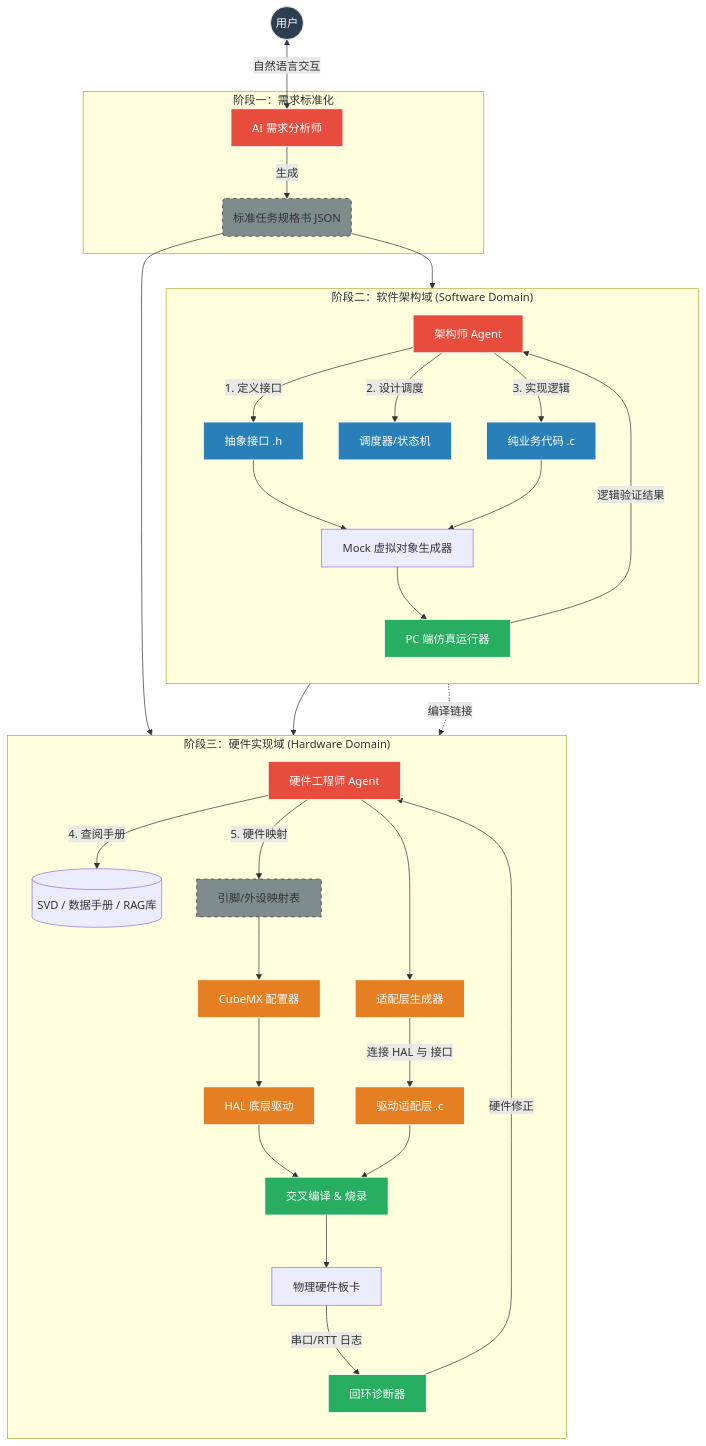
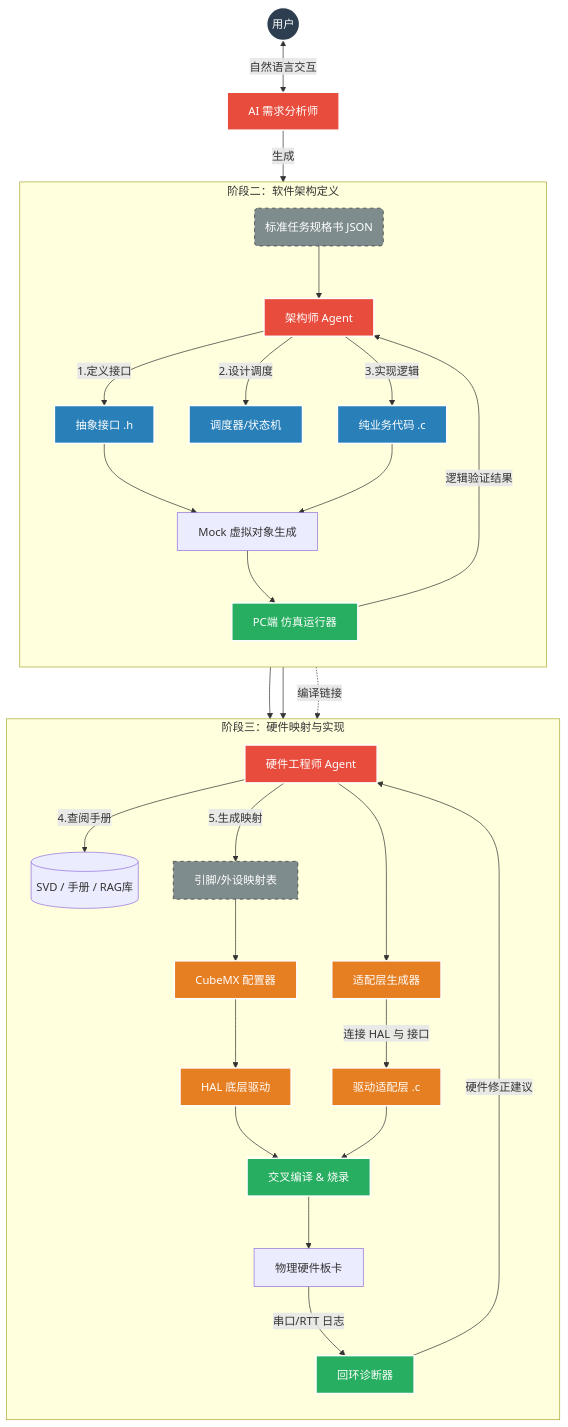
One commit to ReifyFlow/ReifyFlow changed the first of 2 diagrams in README.md. Above: the diagram before and after it, drawn with Mermaid. The commit also changed other lines of this file, not shown here.

````diff
--- a/README.md
+++ b/README.md
@@ -29,53 +33,56 @@
 ```mermaid
 graph TD
-    %% 样式定义
-    classDef user fill:#2c3e50,stroke:#fff,color:#fff;
-    classDef brain fill:#e74c3c,stroke:#fff,color:#fff;
-    classDef soft fill:#2980b9,stroke:#fff,color:#fff;
-    classDef hard fill:#e67e22,stroke:#fff,color:#fff;
-    classDef test fill:#27ae60,stroke:#fff,color:#fff;
-    classDef data fill:#7f8c8d,stroke:#333,stroke-dasharray: 5 5;
+    %% ================= 样式定义 =================
+    classDef user fill:#2c3e50,stroke:#fff,stroke-width:2px,color:#fff;
+    classDef brain fill:#e74c3c,stroke:#fff,stroke-width:2px,color:#fff;
+    classDef soft fill:#2980b9,stroke:#fff,stroke-width:2px,color:#fff;
+    classDef hard fill:#e67e22,stroke:#fff,stroke-width:2px,color:#fff;
+    classDef test fill:#27ae60,stroke:#fff,stroke-width:2px,color:#fff;
+    classDef data fill:#7f8c8d,stroke:#333,stroke-width:1px,stroke-dasharray: 5 5,color:#fff;
 
+    %% ================= 1. 需求标准化阶段 =================
     User((用户)):::user <-->|自然语言交互| Analyst[AI 需求分析师]:::brain
+    Analyst -->|生成| Task_Spec(标准任务规格书 JSON):::data
 
-    subgraph "阶段一：需求标准化"
-        Analyst -->|生成| Task_Spec(标准任务规格书 JSON):::data
-    end
-
-    subgraph "阶段二：软件架构域 (Software Domain)"
+    %% ================= 2. 软件架构域 (Software Domain) =================
+    %% 这一层只关注逻辑，不关注具体芯片
+    subgraph Phase_Software [阶段二：软件架构定义]
         direction TB
         Task_Spec --> Arch_Agent[架构师 Agent]:::brain
         
-        Arch_Agent -->|1. 定义接口| Interfaces[抽象接口 .h]:::soft
-        Arch_Agent -->|2. 设计调度| Scheduler[调度器/状态机]:::soft
-        Arch_Agent -->|3. 实现逻辑| Biz_Logic[纯业务代码 .c]:::soft
+        Arch_Agent -->|1.定义接口| Interfaces[抽象接口 .h]:::soft
+        Arch_Agent -->|2.设计调度| Scheduler[调度器/状态机]:::soft
+        Arch_Agent -->|3.实现逻辑| Biz_Logic[纯业务代码 .c]:::soft
         
-        %% 软件回环
-        Interfaces & Biz_Logic --> Mock_Gen[Mock 虚拟对象生成器]
-        Mock_Gen --> SIL_Runner[PC 端仿真运行器]:::test
+        %% SIL 软件回环
+        Interfaces & Biz_Logic --> Mock_Gen[Mock 虚拟对象生成]
+        Mock_Gen --> SIL_Runner[PC端 仿真运行器]:::test
         SIL_Runner -->|逻辑验证结果| Arch_Agent
     end
 
-    subgraph "阶段三：硬件实现域 (Hardware Domain)"
+    %% ================= 3. 硬件实现域 (Hardware Domain) =================
+    %% 这一层负责将逻辑落地到具体芯片
+    subgraph Phase_Hardware [阶段三：硬件映射与实现]
         direction TB
-        Task_Spec & Interfaces --> HW_Agent[硬件工程师 Agent]:::brain
+        HW_Agent[硬件工程师 Agent]:::brain
+        Task_Spec & Interfaces --> HW_Agent
         
-        HW_Agent -->|4. 查阅手册| Knowledge_Base[(SVD / 数据手册 / RAG库)]
-        HW_Agent -->|5. 硬件映射| Pin_Map[引脚/外设映射表]:::data
+        HW_Agent -->|4.查阅手册| KB[(SVD / 手册 / RAG库)]
+        HW_Agent -->|5.生成映射| Pin_Map[引脚/外设映射表]:::data
         
-        Pin_Map --> CubeMX_Driver[CubeMX 配置器]:::hard
-        CubeMX_Driver --> HAL_Code[HAL 底层驱动]:::hard
+        Pin_Map --> CubeMX[CubeMX 配置器]:::hard
+        CubeMX --> HAL[HAL 底层驱动]:::hard
         
         HW_Agent --> Adapter_Gen[适配层生成器]:::hard
-        Adapter_Gen -->|连接 HAL 与 接口| Driver_Adapter[驱动适配层 .c]:::hard
+        Adapter_Gen -->|连接 HAL 与 接口| Adapter[驱动适配层 .c]:::hard
         
-        %% 硬件回环
-        HAL_Code & Driver_Adapter --> Builder[交叉编译 & 烧录]:::test
+        %% HIL 硬件回环
+        HAL & Adapter --> Builder[交叉编译 & 烧录]:::test
         Builder --> Board[物理硬件板卡]
         Board -->|串口/RTT 日志| Log_Analyzer[回环诊断器]:::test
-        Log_Analyzer -->|硬件修正| HW_Agent
+        Log_Analyzer -->|硬件修正建议| HW_Agent
     end
 
-    %% 跨域连接
+    %% 跨域连接：业务逻辑与构建工具的连接
     Biz_Logic -.->|编译链接| Builder
 ```
````
